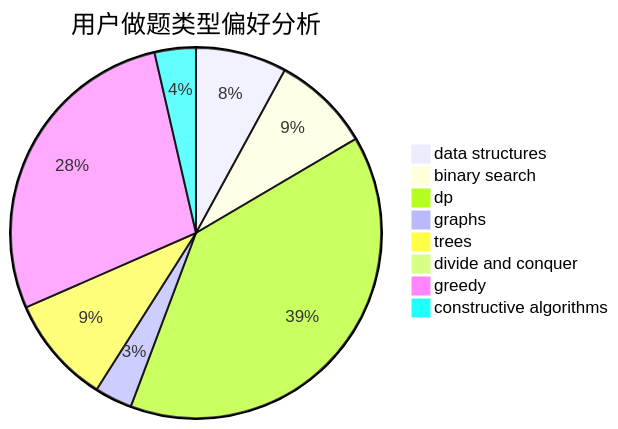
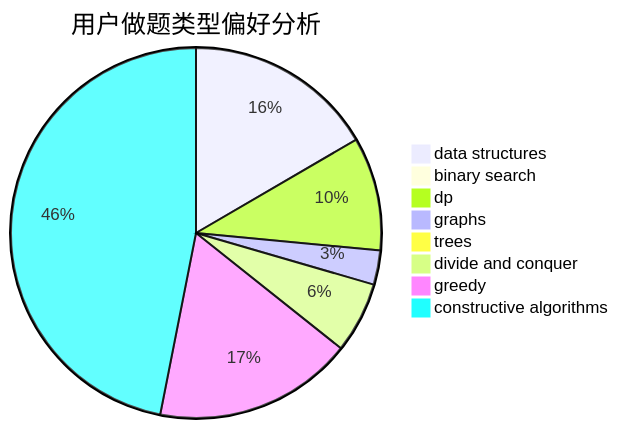
One commit to sherpahu/cfrs.github.io changed the second of 3 diagrams in docs/user/u574.md. Above: the diagram before and after it, drawn with Mermaid. The commit also changed other lines of this file and 2770 other files, not shown here.

````diff
--- a/docs/user/u574.md
+++ b/docs/user/u574.md
@@ -23,11 +23,11 @@
 ```mermaid
 pie title 用户做题类型偏好分析
-    "data structures" :  75
-    "binary search" :  81
-    "dp" :  370
-    "graphs" :  31
-    "trees" :  89
-    "divide and conquer" :  3
-    "greedy" :  264
-    "constructive algorithms" :  34
+    "data structures" :  166
+    "binary search" :  6
+    "dp" :  99
+    "graphs" :  30
+    "trees" :  8
+    "divide and conquer" :  62
+    "greedy" :  174
+    "constructive algorithms" :  469
 ```
````
